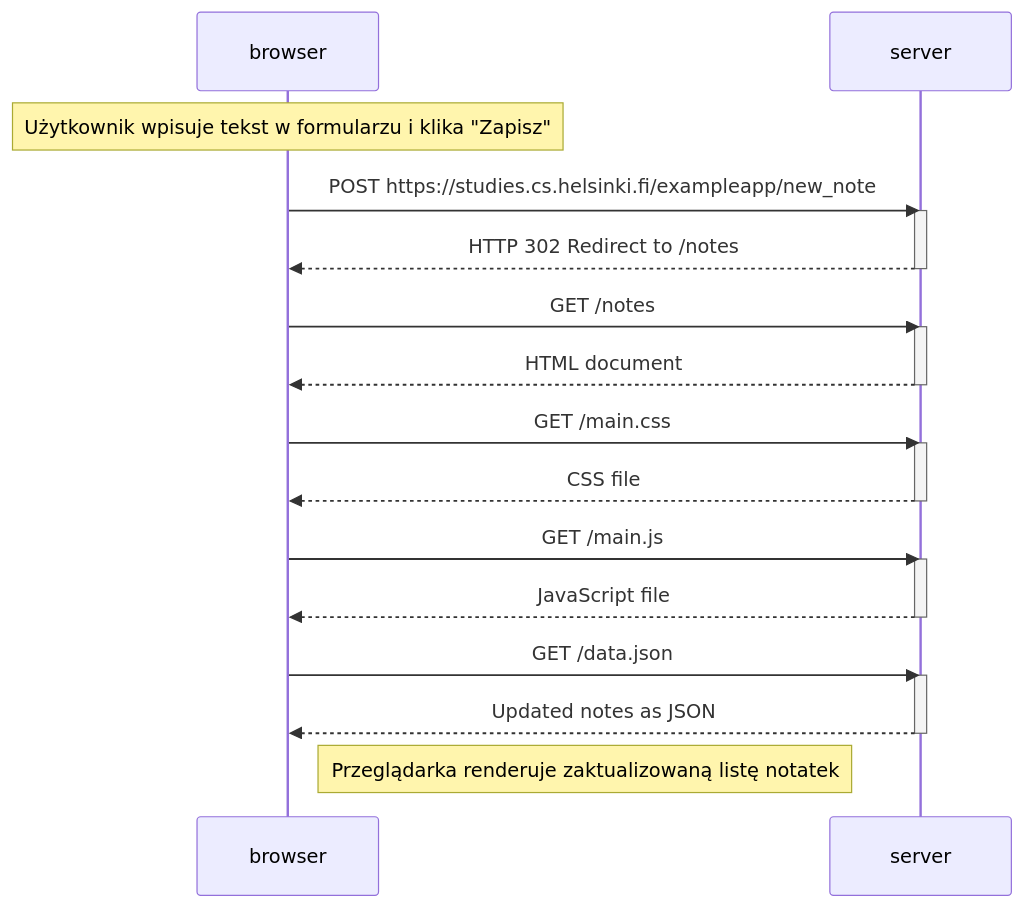
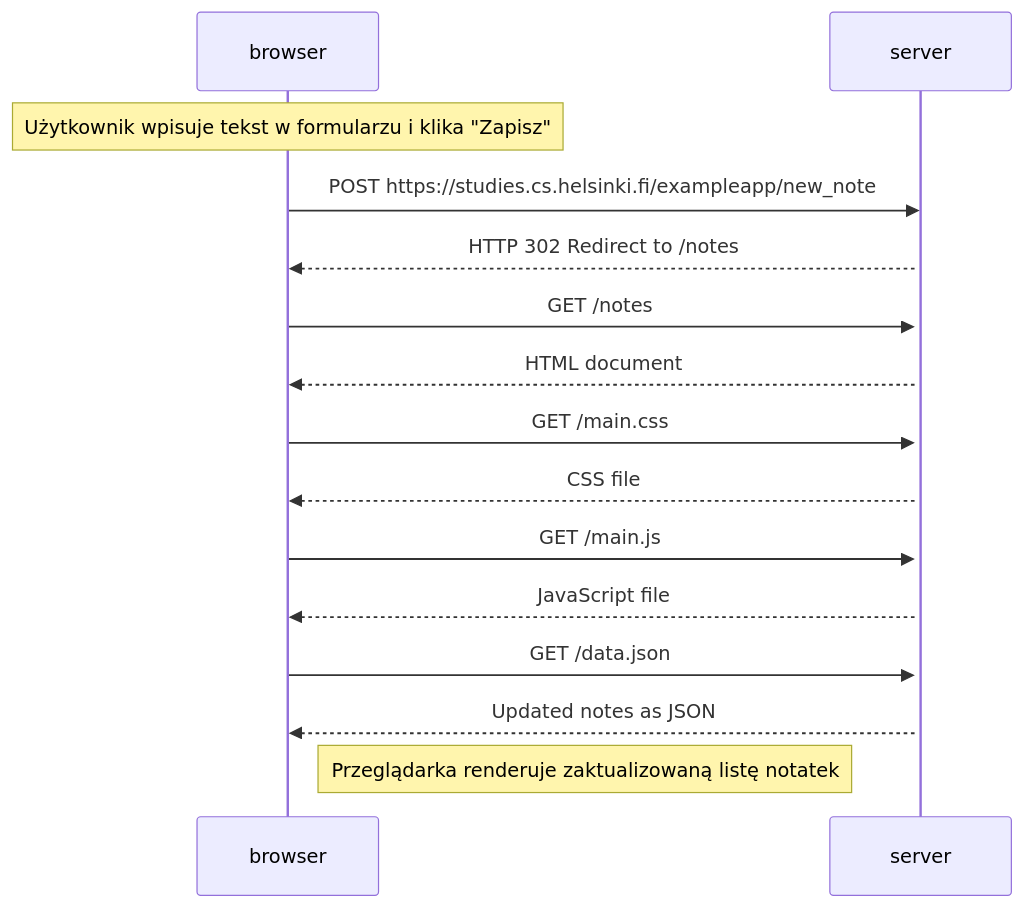
One commit to JustRaczek/depozyt changed the diagram in part 0/0.4.mmd. Above: the diagram before and after it, drawn with Mermaid.

Commit message:
zadanie 0.4

```diff
--- a/part 0/0.4.mmd
+++ b/part 0/0.4.mmd
@@ -1,32 +1,32 @@
 sequenceDiagram
     participant browser
     participant server
 
     Note over browser: Użytkownik wpisuje tekst w formularzu i klika "Zapisz"
 
     browser->>server: POST https://studies.cs.helsinki.fi/exampleapp/new_note
     activate server
     server-->>browser: HTTP 302 Redirect to /notes
-    deactivate server
+
 
     browser->>server: GET /notes
     activate server
     server-->>browser: HTML document
-    deactivate server
+
 
     browser->>server: GET /main.css
     activate server
     server-->>browser: CSS file
-    deactivate server
+
 
     browser->>server: GET /main.js
     activate server
     server-->>browser: JavaScript file
-    deactivate server
+
 
     browser->>server: GET /data.json
     activate server
     server-->>browser: Updated notes as JSON
-    deactivate server
+
 
     Note right of browser: Przeglądarka renderuje zaktualizowaną listę notatek
```
